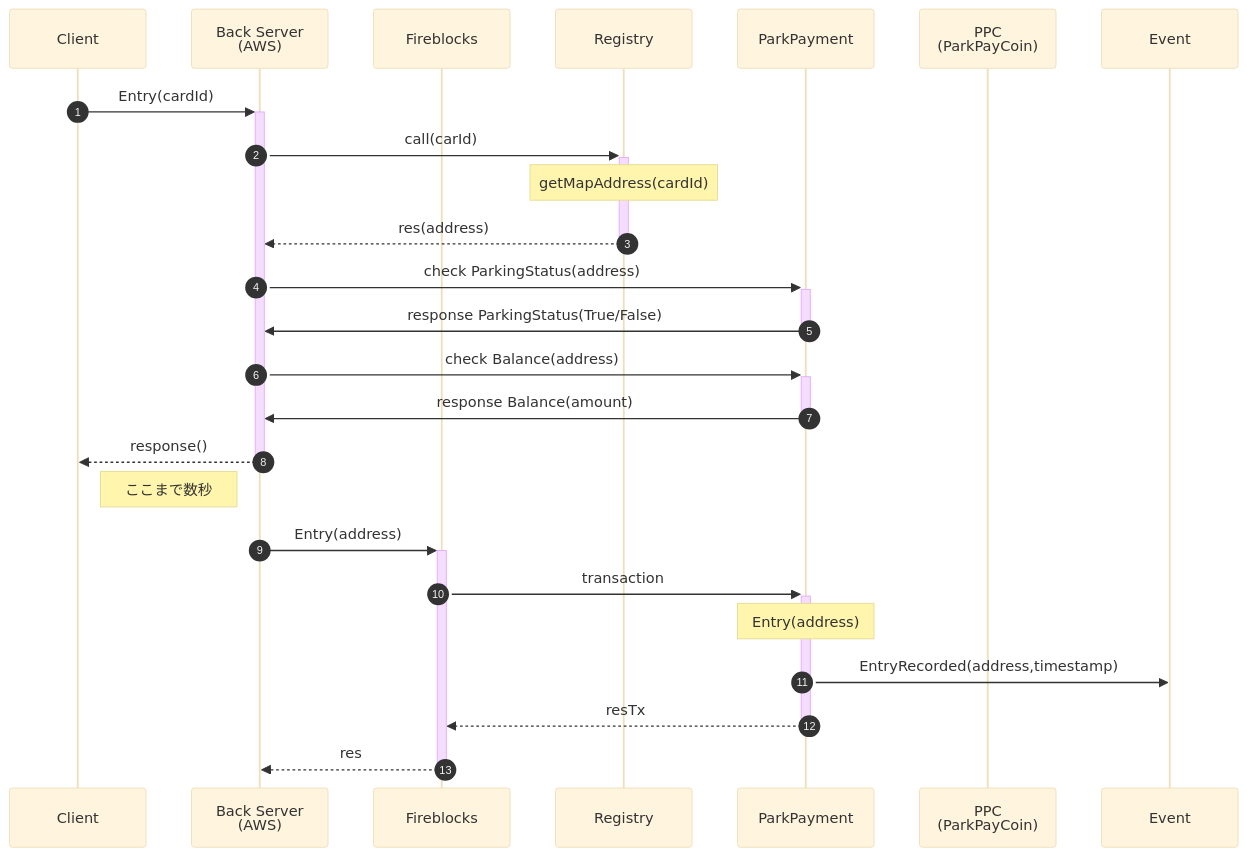
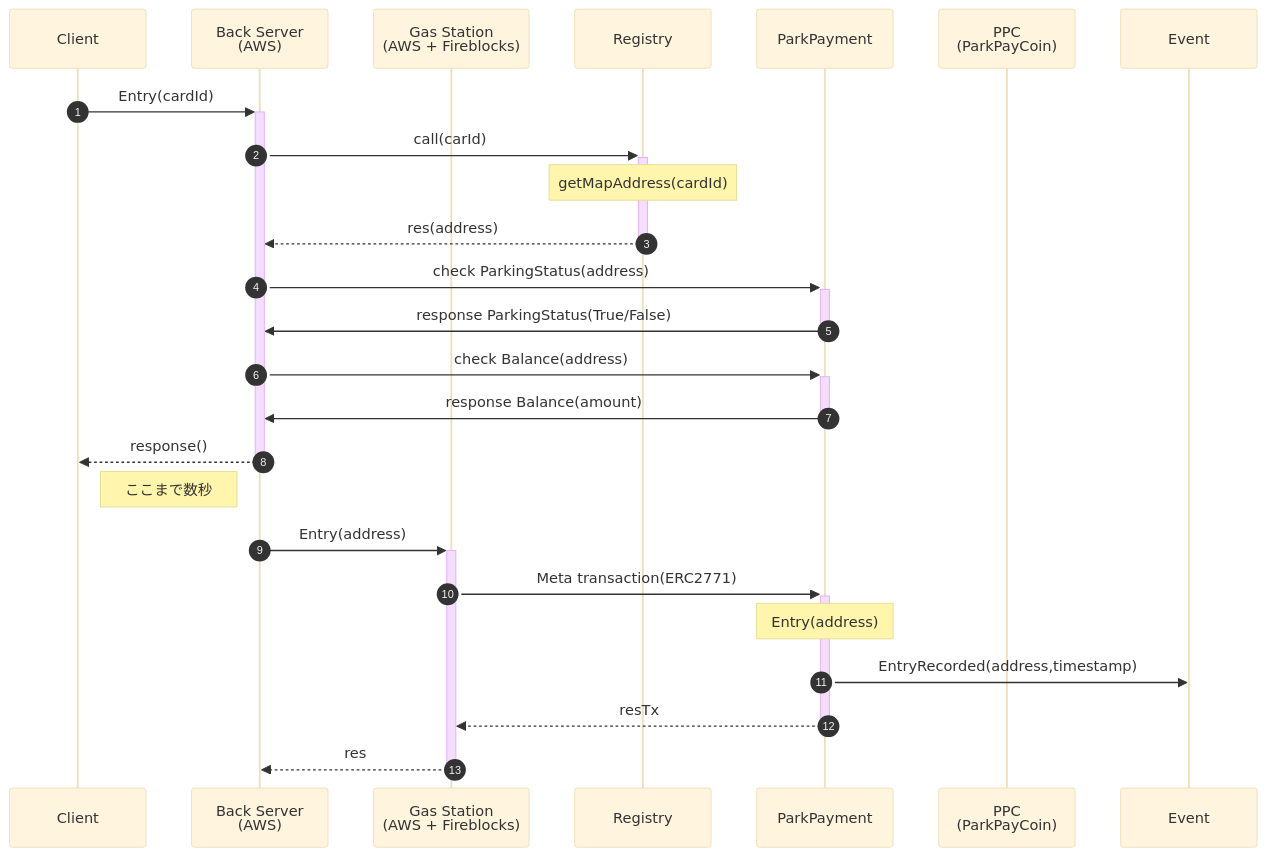
One commit to mahiroaug/ParkingPayment changed the fifth of 6 diagrams in README.md. Above: the diagram before and after it, drawn with Mermaid (base theme). The commit also changed other lines of this file and 68 other files, not shown here.

Commit message:
create multi lane parallel sequence

````diff
--- a/README.md
+++ b/README.md
@@ -529,32 +533,32 @@
 ```mermaid
 sequenceDiagram
 
     participant Client as Client
     participant Back as Back Server<br>(AWS)
-    participant FB as Fireblocks
+    participant FB as Gas Station<br>(AWS + Fireblocks)
     participant Registry
     participant ParkPayment
     participant PPC as PPC<br>(ParkPayCoin)
     participant Event
     autonumber
 
     Client->>+Back: Entry(cardId)
     Back->>+Registry: call(carId)
     Note over Registry: getMapAddress(cardId)
     Registry-->>-Back: res(address)
     Back->>+ParkPayment: check ParkingStatus(address)
     ParkPayment->>-Back: response ParkingStatus(True/False)
     Back->>+ParkPayment: check Balance(address)
     ParkPayment->>-Back: response Balance(amount)
     Back-->>-Client: response()
 
     Note left of Back:ここまで数秒
 
     Back->>+FB: Entry(address)
-    FB->>+ParkPayment: transaction
+    FB->>+ParkPayment: Meta transaction(ERC2771)
     Note over ParkPayment: Entry(address)
     ParkPayment->>Event: EntryRecorded(address,timestamp)
     ParkPayment-->>-FB: resTx
     FB-->>-Back: res
 
 ```
````
